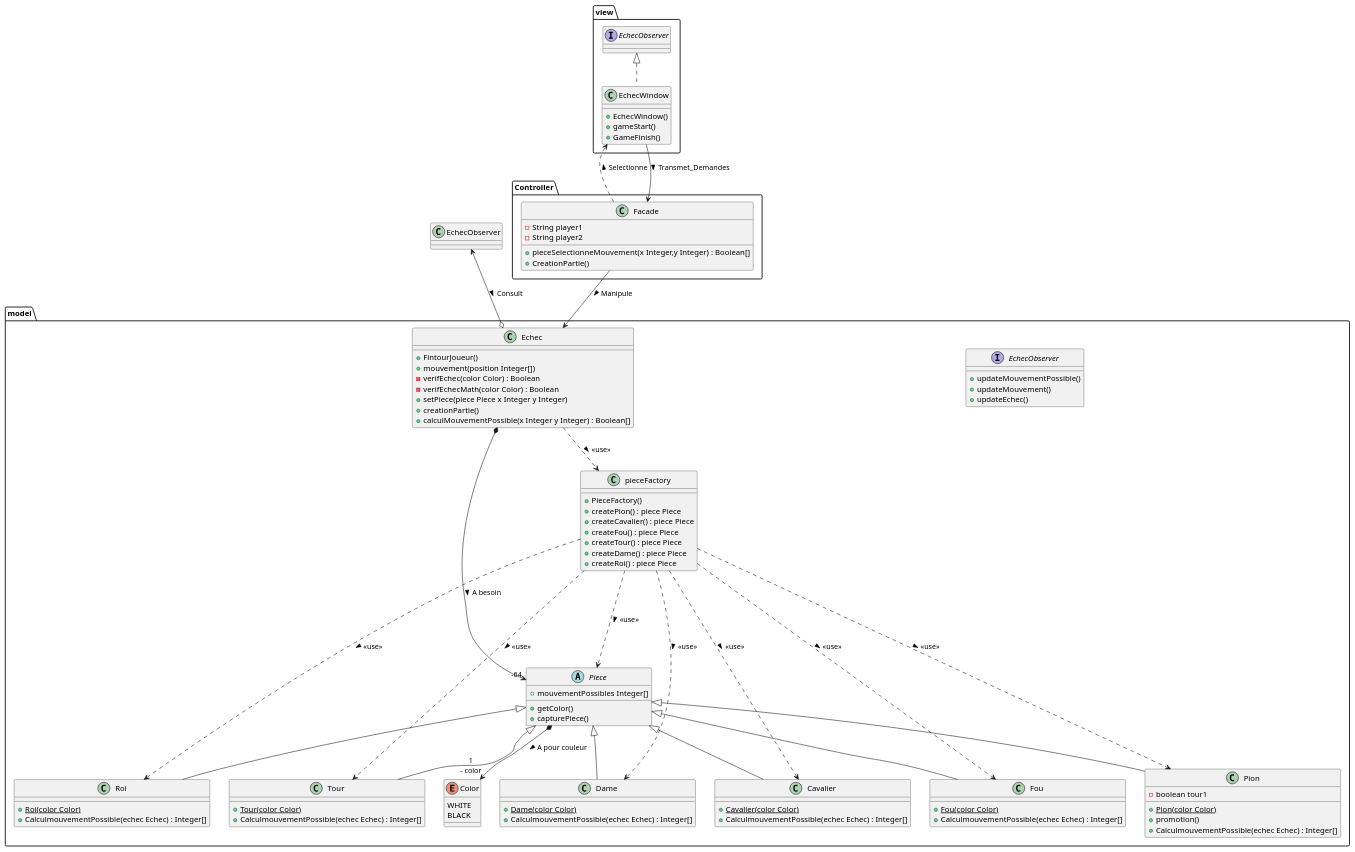
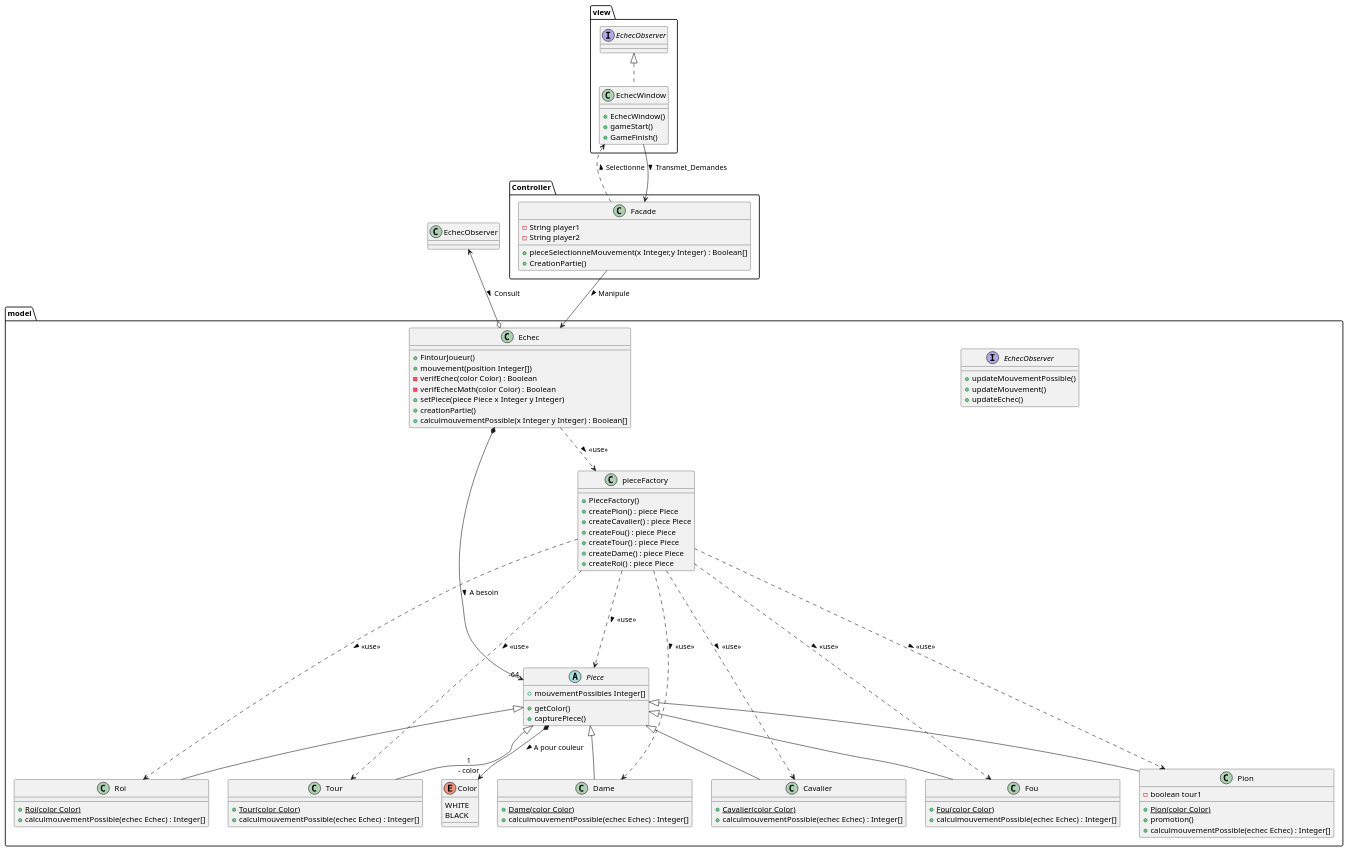
One commit to Dubimasa/Echec changed the diagram in Echec/diagsUML/Diagramme_Class_Echec.puml. Above: the diagram before and after it, drawn with PlantUML. The commit also changed 5 other files, not shown here.

```diff
--- a/Echec/diagsUML/Diagramme_Class_Echec.puml
+++ b/Echec/diagsUML/Diagramme_Class_Echec.puml
@@ -1,116 +1,116 @@
 @startuml
 'https://plantuml.com/class-diagram
 
 
 Package Controller
 {
     class Facade
     {
         -String player1
         -String player2
         +pieceSelectionneMouvement(x Integer,y Integer) : Boolean[]
         +CreationPartie()
     }
 }
 Package model
 {
     interface EchecObserver
     {
             +updateMouvementPossible()
             +updateMouvement()
             +updateEchec()
     }
 
     class Echec {
     +FintourJoueur()
     +mouvement(position Integer[])
     -verifEchec(color Color) : Boolean
     -verifEchecMath(color Color) : Boolean
     +setPiece(piece Piece x Integer y Integer)
     +creationPartie()
-    +calculMouvementPossible(x Integer y Integer) : Boolean[]
+    +calculmouvementPossible(x Integer y Integer) : Boolean[]
     }
     class pieceFactory
     {
         +PieceFactory()
         +createPion() : piece Piece
         +createCavalier() : piece Piece
         +createFou() : piece Piece
         +createTour() : piece Piece
         +createDame() : piece Piece
         +createRoi() : piece Piece
     }
     abstract class Piece
     {
         +mouvementPossibles Integer[]
         +getColor()
         +capturePiece()
     }
     class Pion extends Piece
     {
         -boolean tour1
         +{static}Pion(color Color)
         +promotion()
-        +CalculmouvementPossible(echec Echec) : Integer[]
+        +calculmouvementPossible(echec Echec) : Integer[]
     }
     class Cavalier extends Piece
     {
     +{static}Cavalier(color Color)
-    +CalculmouvementPossible(echec Echec) : Integer[]
+    +calculmouvementPossible(echec Echec) : Integer[]
     }
     class Fou extends Piece
     {
     +{static}Fou(color Color)
-    +CalculmouvementPossible(echec Echec) : Integer[]
+    +calculmouvementPossible(echec Echec) : Integer[]
     }
     class Tour extends Piece
     {
     +{static}Tour(color Color)
-    +CalculmouvementPossible(echec Echec) : Integer[]
+    +calculmouvementPossible(echec Echec) : Integer[]
     }
     class Dame extends Piece
     {
     +{static}Dame(color Color)
-    +CalculmouvementPossible(echec Echec) : Integer[]
+    +calculmouvementPossible(echec Echec) : Integer[]
     }
     class Roi extends Piece
     {
     +{static}Roi(color Color)
-    +CalculmouvementPossible(echec Echec) : Integer[]
+    +calculmouvementPossible(echec Echec) : Integer[]
     }
     Enum Color
     {
         WHITE
         BLACK
     }
 }
 Package view{
 
     class EchecWindow implements EchecObserver
     {
      +EchecWindow()
      +gameStart()
      +GameFinish()
     }
 
 }
 Piece *--> "1\n- color" Color : > A pour couleur
 Echec *--> "-64" Piece : > A besoin
 
 Echec ..> pieceFactory : > <<use>>
 
 pieceFactory ...> Piece : > <<use>>
 pieceFactory ..> Roi : > <<use>>
 pieceFactory ..> Pion : > <<use>>
 pieceFactory ..> Cavalier : > <<use>>
 pieceFactory ..> Fou : > <<use>>
 pieceFactory ..> Dame : > <<use>>
 pieceFactory ..> Tour : > <<use>>
 
 
 EchecObserver <--o Echec : > Consult
 Facade --> Echec : > Manipule
 Facade ..> EchecWindow : > Selectionne
 EchecWindow --> Facade : > Transmet_Demandes
 
 @enduml
```
